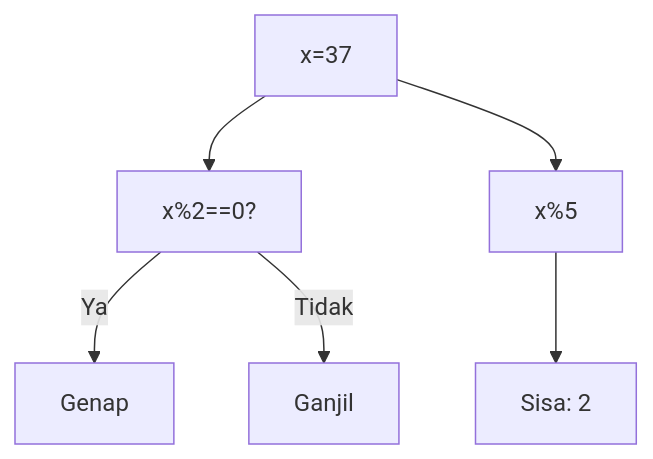
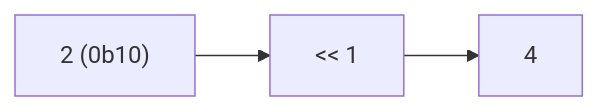
Before and after one commit to amnahwaida/OSNK_INF_PREP: the first of 25 diagrams in part-c-pemahaman-cpp/06-bitwise/latihan/set-06.md, drawn with Mermaid. The commit also changed other lines of this file and 71 other files, not shown here.

````diff
--- a/part-c-pemahaman-cpp/06-bitwise/latihan/set-06.md
+++ b/part-c-pemahaman-cpp/06-bitwise/latihan/set-06.md
@@ -23,8 +20,5 @@
 ```mermaid
-graph TD
-A["x=37"] --> B["x%2==0?"]
-B -- Ya --> C["Genap"]
-B -- Tidak --> D["Ganjil"]
-A --> E["x%5"]
-E --> F["Sisa: 2"]
+graph LR
+A["2 (0b10)"] --> B["<< 1"]
+B --> C["4"]
 ```
````
